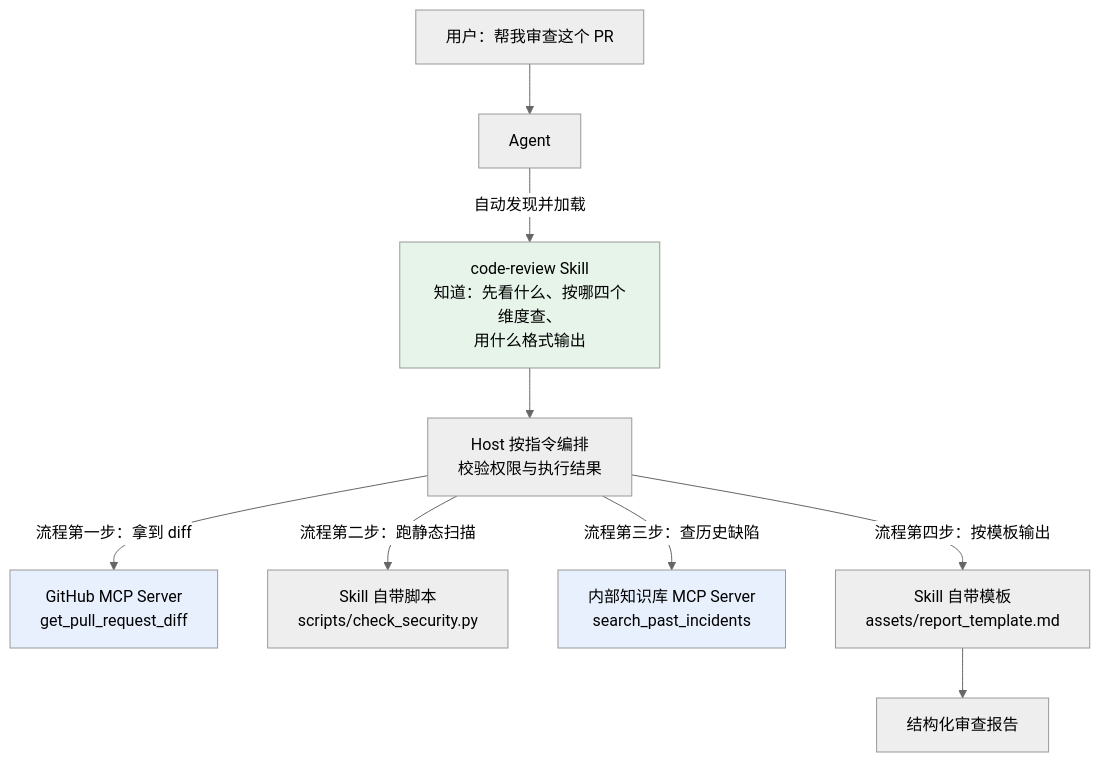
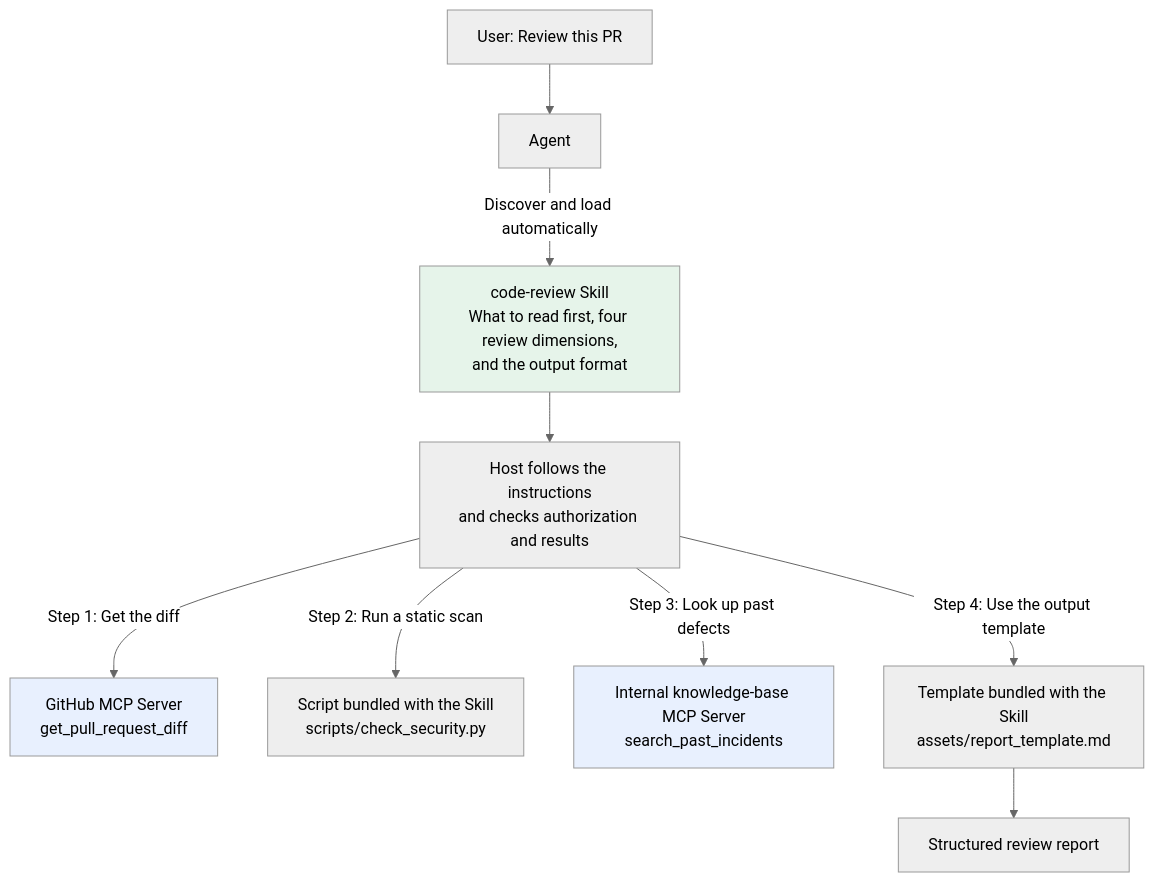
One commit to oneleaveknowsthefall/awesome-ai-roadmap changed the first of 4 diagrams in docs/tools/03-skills/09-skill-vs-mcp.md. Above: the diagram before and after it, drawn with Mermaid (neutral theme). The commit also changed other lines of this file and 42 other files, not shown here.

````diff
--- a/docs/tools/03-skills/09-skill-vs-mcp.md
+++ b/docs/tools/03-skills/09-skill-vs-mcp.md
@@ -24,18 +24,18 @@
 ```mermaid
 flowchart TB
-    TASK["用户：帮我审查这个 PR"] --> AGENT[Agent]
+    TASK["User: Review this PR"] --> AGENT[Agent]
 
-    AGENT -->|"自动发现并加载"| SKILL["code-review Skill<br/>知道：先看什么、按哪四个维度查、<br/>用什么格式输出"]
+    AGENT -->|"Discover and load automatically"| SKILL["code-review Skill<br/>What to read first, four review dimensions,<br/>and the output format"]
 
-    SKILL --> H["Host 按指令编排<br/>校验权限与执行结果"]
-    H -->|"流程第一步：拿到 diff"| M1["GitHub MCP Server<br/>get_pull_request_diff"]
-    H -->|"流程第二步：跑静态扫描"| SC["Skill 自带脚本<br/>scripts/check_security.py"]
-    H -->|"流程第三步：查历史缺陷"| M2["内部知识库 MCP Server<br/>search_past_incidents"]
-    H -->|"流程第四步：按模板输出"| TPL["Skill 自带模板<br/>assets/report_template.md"]
+    SKILL --> H["Host follows the instructions<br/>and checks authorization and results"]
+    H -->|"Step 1: Get the diff"| M1["GitHub MCP Server<br/>get_pull_request_diff"]
+    H -->|"Step 2: Run a static scan"| SC["Script bundled with the Skill<br/>scripts/check_security.py"]
+    H -->|"Step 3: Look up past defects"| M2["Internal knowledge-base MCP Server<br/>search_past_incidents"]
+    H -->|"Step 4: Use the output template"| TPL["Template bundled with the Skill<br/>assets/report_template.md"]
 
-    TPL --> OUT[结构化审查报告]
+    TPL --> OUT[Structured review report]
 
     style SKILL fill:#e6f4ea
     style M1 fill:#e8f0fe
     style M2 fill:#e8f0fe
 ```
````
